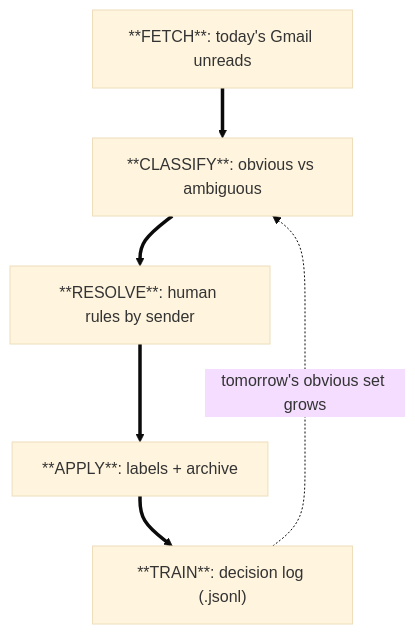
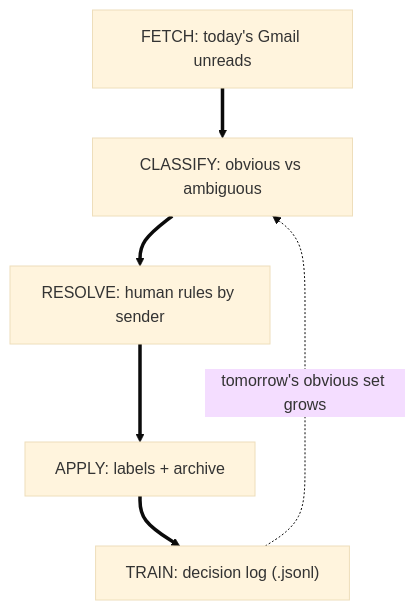
One commit to jasonjgarcia24/email-sweep changed the diagram in README.md. Above: the diagram before and after it, drawn with Mermaid (base theme). The commit also changed other lines of this file and 3 other files, not shown here.

````diff
--- a/README.md
+++ b/README.md
@@ -7,10 +7,10 @@
 ```mermaid
 flowchart TB
-    F["**FETCH**: today's Gmail unreads"]
-    C["**CLASSIFY**: obvious vs ambiguous"]
-    R["**RESOLVE**: human rules by sender"]
-    A["**APPLY**: labels + archive"]
-    T["**TRAIN**: decision log (.jsonl)"]
+    F["FETCH: today's Gmail unreads"]
+    C["CLASSIFY: obvious vs ambiguous"]
+    R["RESOLVE: human rules by sender"]
+    A["APPLY: labels + archive"]
+    T["TRAIN: decision log (.jsonl)"]
     F ==> C ==> R ==> A ==> T
     T -. "tomorrow's obvious set grows" .-> C
 ```
````
